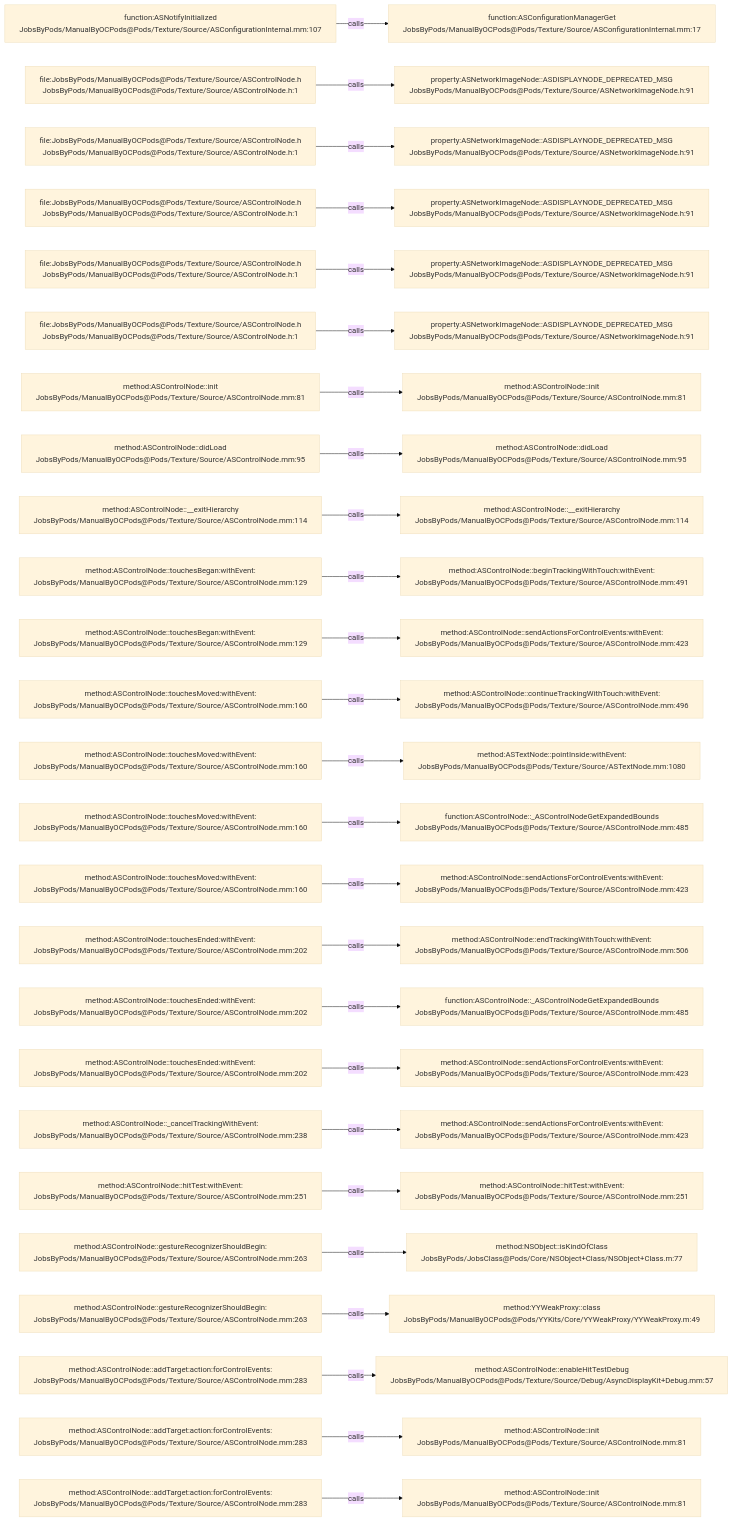
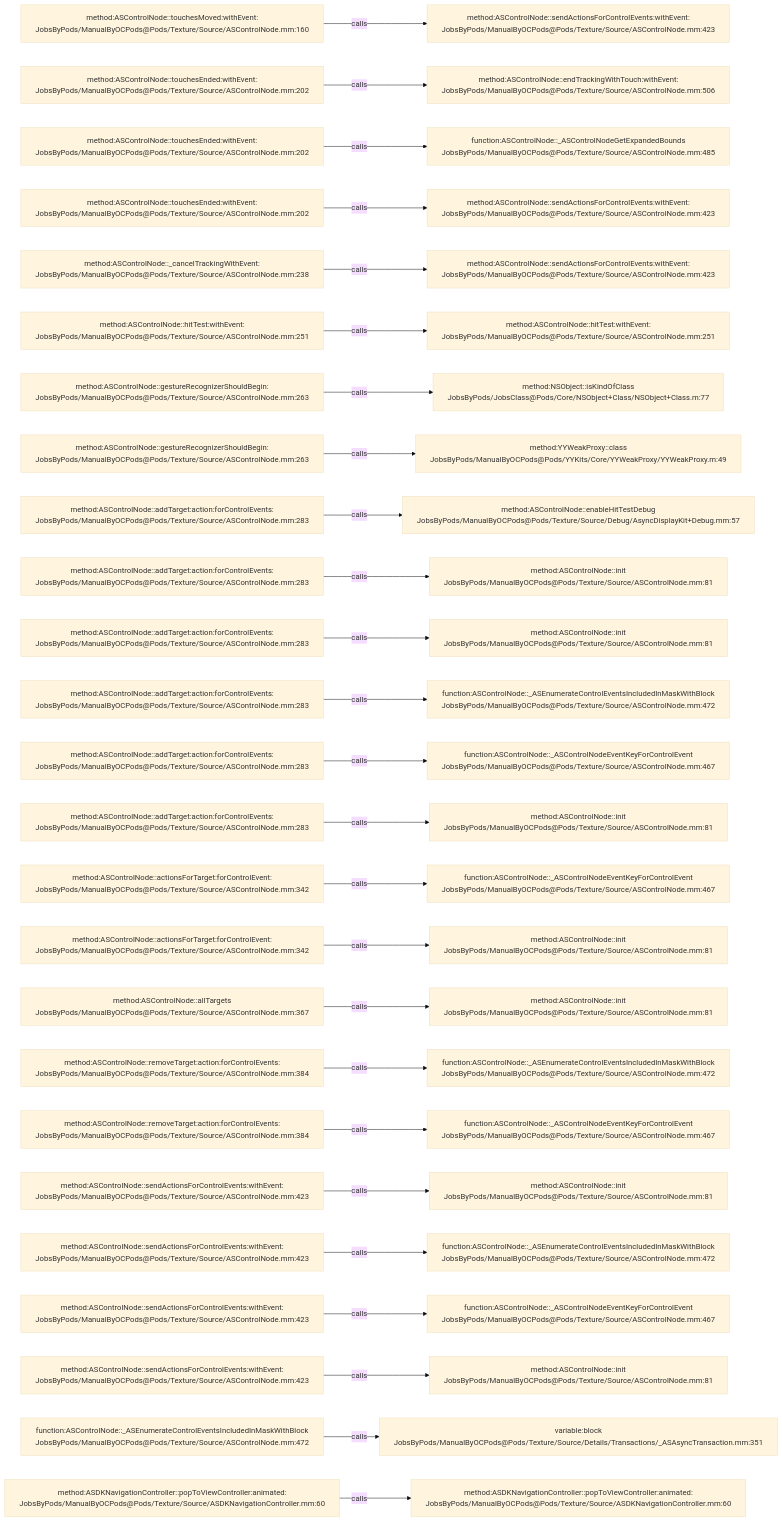
Before and after one commit to JobsKits/JobsOCBaseConfigDemo: the diagram in .codegraph/codegraph.md/graphs/calls-088.md, drawn with Mermaid (base theme). The commit also changed 296 other files, not shown here.

````diff
--- a/.codegraph/codegraph.md/graphs/calls-088.md
+++ b/.codegraph/codegraph.md/graphs/calls-088.md
@@ -13,78 +13,78 @@
 ```mermaid
 flowchart LR
-  S1["function:ASNotifyInitialized<br/>JobsByPods/ManualByOCPods@Pods/Texture/Source/ASConfigurationInternal.mm:107"]
-  T1["function:ASConfigurationManagerGet<br/>JobsByPods/ManualByOCPods@Pods/Texture/Source/ASConfigurationInternal.mm:17"]
+  S1["method:ASControlNode::touchesMoved:withEvent:<br/>JobsByPods/ManualByOCPods@Pods/Texture/Source/ASControlNode.mm:160"]
+  T1["method:ASControlNode::sendActionsForControlEvents:withEvent:<br/>JobsByPods/ManualByOCPods@Pods/Texture/Source/ASControlNode.mm:423"]
   S1 -->|calls| T1
-  S2["file:JobsByPods/ManualByOCPods@Pods/Texture/Source/ASControlNode.h<br/>JobsByPods/ManualByOCPods@Pods/Texture/Source/ASControlNode.h:1"]
-  T2["property:ASNetworkImageNode::ASDISPLAYNODE_DEPRECATED_MSG<br/>JobsByPods/ManualByOCPods@Pods/Texture/Source/ASNetworkImageNode.h:91"]
+  S2["method:ASControlNode::touchesEnded:withEvent:<br/>JobsByPods/ManualByOCPods@Pods/Texture/Source/ASControlNode.mm:202"]
+  T2["method:ASControlNode::endTrackingWithTouch:withEvent:<br/>JobsByPods/ManualByOCPods@Pods/Texture/Source/ASControlNode.mm:506"]
   S2 -->|calls| T2
-  S3["file:JobsByPods/ManualByOCPods@Pods/Texture/Source/ASControlNode.h<br/>JobsByPods/ManualByOCPods@Pods/Texture/Source/ASControlNode.h:1"]
-  T3["property:ASNetworkImageNode::ASDISPLAYNODE_DEPRECATED_MSG<br/>JobsByPods/ManualByOCPods@Pods/Texture/Source/ASNetworkImageNode.h:91"]
+  S3["method:ASControlNode::touchesEnded:withEvent:<br/>JobsByPods/ManualByOCPods@Pods/Texture/Source/ASControlNode.mm:202"]
+  T3["function:ASControlNode::_ASControlNodeGetExpandedBounds<br/>JobsByPods/ManualByOCPods@Pods/Texture/Source/ASControlNode.mm:485"]
   S3 -->|calls| T3
-  S4["file:JobsByPods/ManualByOCPods@Pods/Texture/Source/ASControlNode.h<br/>JobsByPods/ManualByOCPods@Pods/Texture/Source/ASControlNode.h:1"]
-  T4["property:ASNetworkImageNode::ASDISPLAYNODE_DEPRECATED_MSG<br/>JobsByPods/ManualByOCPods@Pods/Texture/Source/ASNetworkImageNode.h:91"]
+  S4["method:ASControlNode::touchesEnded:withEvent:<br/>JobsByPods/ManualByOCPods@Pods/Texture/Source/ASControlNode.mm:202"]
+  T4["method:ASControlNode::sendActionsForControlEvents:withEvent:<br/>JobsByPods/ManualByOCPods@Pods/Texture/Source/ASControlNode.mm:423"]
   S4 -->|calls| T4
-  S5["file:JobsByPods/ManualByOCPods@Pods/Texture/Source/ASControlNode.h<br/>JobsByPods/ManualByOCPods@Pods/Texture/Source/ASControlNode.h:1"]
-  T5["property:ASNetworkImageNode::ASDISPLAYNODE_DEPRECATED_MSG<br/>JobsByPods/ManualByOCPods@Pods/Texture/Source/ASNetworkImageNode.h:91"]
+  S5["method:ASControlNode::_cancelTrackingWithEvent:<br/>JobsByPods/ManualByOCPods@Pods/Texture/Source/ASControlNode.mm:238"]
+  T5["method:ASControlNode::sendActionsForControlEvents:withEvent:<br/>JobsByPods/ManualByOCPods@Pods/Texture/Source/ASControlNode.mm:423"]
   S5 -->|calls| T5
-  S6["file:JobsByPods/ManualByOCPods@Pods/Texture/Source/ASControlNode.h<br/>JobsByPods/ManualByOCPods@Pods/Texture/Source/ASControlNode.h:1"]
-  T6["property:ASNetworkImageNode::ASDISPLAYNODE_DEPRECATED_MSG<br/>JobsByPods/ManualByOCPods@Pods/Texture/Source/ASNetworkImageNode.h:91"]
+  S6["method:ASControlNode::hitTest:withEvent:<br/>JobsByPods/ManualByOCPods@Pods/Texture/Source/ASControlNode.mm:251"]
+  T6["method:ASControlNode::hitTest:withEvent:<br/>JobsByPods/ManualByOCPods@Pods/Texture/Source/ASControlNode.mm:251"]
   S6 -->|calls| T6
-  S7["method:ASControlNode::init<br/>JobsByPods/ManualByOCPods@Pods/Texture/Source/ASControlNode.mm:81"]
-  T7["method:ASControlNode::init<br/>JobsByPods/ManualByOCPods@Pods/Texture/Source/ASControlNode.mm:81"]
+  S7["method:ASControlNode::gestureRecognizerShouldBegin:<br/>JobsByPods/ManualByOCPods@Pods/Texture/Source/ASControlNode.mm:263"]
+  T7["method:NSObject::isKindOfClass<br/>JobsByPods/JobsClass@Pods/Core/NSObject+Class/NSObject+Class.m:77"]
   S7 -->|calls| T7
-  S8["method:ASControlNode::didLoad<br/>JobsByPods/ManualByOCPods@Pods/Texture/Source/ASControlNode.mm:95"]
-  T8["method:ASControlNode::didLoad<br/>JobsByPods/ManualByOCPods@Pods/Texture/Source/ASControlNode.mm:95"]
+  S8["method:ASControlNode::gestureRecognizerShouldBegin:<br/>JobsByPods/ManualByOCPods@Pods/Texture/Source/ASControlNode.mm:263"]
+  T8["method:YYWeakProxy::class<br/>JobsByPods/ManualByOCPods@Pods/YYKits/Core/YYWeakProxy/YYWeakProxy.m:49"]
   S8 -->|calls| T8
-  S9["method:ASControlNode::__exitHierarchy<br/>JobsByPods/ManualByOCPods@Pods/Texture/Source/ASControlNode.mm:114"]
-  T9["method:ASControlNode::__exitHierarchy<br/>JobsByPods/ManualByOCPods@Pods/Texture/Source/ASControlNode.mm:114"]
+  S9["method:ASControlNode::addTarget:action:forControlEvents:<br/>JobsByPods/ManualByOCPods@Pods/Texture/Source/ASControlNode.mm:283"]
+  T9["method:ASControlNode::enableHitTestDebug<br/>JobsByPods/ManualByOCPods@Pods/Texture/Source/Debug/AsyncDisplayKit+Debug.mm:57"]
   S9 -->|calls| T9
-  S10["method:ASControlNode::touchesBegan:withEvent:<br/>JobsByPods/ManualByOCPods@Pods/Texture/Source/ASControlNode.mm:129"]
-  T10["method:ASControlNode::beginTrackingWithTouch:withEvent:<br/>JobsByPods/ManualByOCPods@Pods/Texture/Source/ASControlNode.mm:491"]
+  S10["method:ASControlNode::addTarget:action:forControlEvents:<br/>JobsByPods/ManualByOCPods@Pods/Texture/Source/ASControlNode.mm:283"]
+  T10["method:ASControlNode::init<br/>JobsByPods/ManualByOCPods@Pods/Texture/Source/ASControlNode.mm:81"]
   S10 -->|calls| T10
-  S11["method:ASControlNode::touchesBegan:withEvent:<br/>JobsByPods/ManualByOCPods@Pods/Texture/Source/ASControlNode.mm:129"]
-  T11["method:ASControlNode::sendActionsForControlEvents:withEvent:<br/>JobsByPods/ManualByOCPods@Pods/Texture/Source/ASControlNode.mm:423"]
+  S11["method:ASControlNode::addTarget:action:forControlEvents:<br/>JobsByPods/ManualByOCPods@Pods/Texture/Source/ASControlNode.mm:283"]
+  T11["method:ASControlNode::init<br/>JobsByPods/ManualByOCPods@Pods/Texture/Source/ASControlNode.mm:81"]
   S11 -->|calls| T11
-  S12["method:ASControlNode::touchesMoved:withEvent:<br/>JobsByPods/ManualByOCPods@Pods/Texture/Source/ASControlNode.mm:160"]
-  T12["method:ASControlNode::continueTrackingWithTouch:withEvent:<br/>JobsByPods/ManualByOCPods@Pods/Texture/Source/ASControlNode.mm:496"]
+  S12["method:ASControlNode::addTarget:action:forControlEvents:<br/>JobsByPods/ManualByOCPods@Pods/Texture/Source/ASControlNode.mm:283"]
+  T12["function:ASControlNode::_ASEnumerateControlEventsIncludedInMaskWithBlock<br/>JobsByPods/ManualByOCPods@Pods/Texture/Source/ASControlNode.mm:472"]
   S12 -->|calls| T12
-  S13["method:ASControlNode::touchesMoved:withEvent:<br/>JobsByPods/ManualByOCPods@Pods/Texture/Source/ASControlNode.mm:160"]
-  T13["method:ASTextNode::pointInside:withEvent:<br/>JobsByPods/ManualByOCPods@Pods/Texture/Source/ASTextNode.mm:1080"]
+  S13["method:ASControlNode::addTarget:action:forControlEvents:<br/>JobsByPods/ManualByOCPods@Pods/Texture/Source/ASControlNode.mm:283"]
+  T13["function:ASControlNode::_ASControlNodeEventKeyForControlEvent<br/>JobsByPods/ManualByOCPods@Pods/Texture/Source/ASControlNode.mm:467"]
   S13 -->|calls| T13
-  S14["method:ASControlNode::touchesMoved:withEvent:<br/>JobsByPods/ManualByOCPods@Pods/Texture/Source/ASControlNode.mm:160"]
-  T14["function:ASControlNode::_ASControlNodeGetExpandedBounds<br/>JobsByPods/ManualByOCPods@Pods/Texture/Source/ASControlNode.mm:485"]
+  S14["method:ASControlNode::addTarget:action:forControlEvents:<br/>JobsByPods/ManualByOCPods@Pods/Texture/Source/ASControlNode.mm:283"]
+  T14["method:ASControlNode::init<br/>JobsByPods/ManualByOCPods@Pods/Texture/Source/ASControlNode.mm:81"]
   S14 -->|calls| T14
-  S15["method:ASControlNode::touchesMoved:withEvent:<br/>JobsByPods/ManualByOCPods@Pods/Texture/Source/ASControlNode.mm:160"]
-  T15["method:ASControlNode::sendActionsForControlEvents:withEvent:<br/>JobsByPods/ManualByOCPods@Pods/Texture/Source/ASControlNode.mm:423"]
+  S15["method:ASControlNode::actionsForTarget:forControlEvent:<br/>JobsByPods/ManualByOCPods@Pods/Texture/Source/ASControlNode.mm:342"]
+  T15["function:ASControlNode::_ASControlNodeEventKeyForControlEvent<br/>JobsByPods/ManualByOCPods@Pods/Texture/Source/ASControlNode.mm:467"]
   S15 -->|calls| T15
-  S16["method:ASControlNode::touchesEnded:withEvent:<br/>JobsByPods/ManualByOCPods@Pods/Texture/Source/ASControlNode.mm:202"]
-  T16["method:ASControlNode::endTrackingWithTouch:withEvent:<br/>JobsByPods/ManualByOCPods@Pods/Texture/Source/ASControlNode.mm:506"]
+  S16["method:ASControlNode::actionsForTarget:forControlEvent:<br/>JobsByPods/ManualByOCPods@Pods/Texture/Source/ASControlNode.mm:342"]
+  T16["method:ASControlNode::init<br/>JobsByPods/ManualByOCPods@Pods/Texture/Source/ASControlNode.mm:81"]
   S16 -->|calls| T16
-  S17["method:ASControlNode::touchesEnded:withEvent:<br/>JobsByPods/ManualByOCPods@Pods/Texture/Source/ASControlNode.mm:202"]
-  T17["function:ASControlNode::_ASControlNodeGetExpandedBounds<br/>JobsByPods/ManualByOCPods@Pods/Texture/Source/ASControlNode.mm:485"]
+  S17["method:ASControlNode::allTargets<br/>JobsByPods/ManualByOCPods@Pods/Texture/Source/ASControlNode.mm:367"]
+  T17["method:ASControlNode::init<br/>JobsByPods/ManualByOCPods@Pods/Texture/Source/ASControlNode.mm:81"]
   S17 -->|calls| T17
-  S18["method:ASControlNode::touchesEnded:withEvent:<br/>JobsByPods/ManualByOCPods@Pods/Texture/Source/ASControlNode.mm:202"]
-  T18["method:ASControlNode::sendActionsForControlEvents:withEvent:<br/>JobsByPods/ManualByOCPods@Pods/Texture/Source/ASControlNode.mm:423"]
+  S18["method:ASControlNode::removeTarget:action:forControlEvents:<br/>JobsByPods/ManualByOCPods@Pods/Texture/Source/ASControlNode.mm:384"]
+  T18["function:ASControlNode::_ASEnumerateControlEventsIncludedInMaskWithBlock<br/>JobsByPods/ManualByOCPods@Pods/Texture/Source/ASControlNode.mm:472"]
   S18 -->|calls| T18
-  S19["method:ASControlNode::_cancelTrackingWithEvent:<br/>JobsByPods/ManualByOCPods@Pods/Texture/Source/ASControlNode.mm:238"]
-  T19["method:ASControlNode::sendActionsForControlEvents:withEvent:<br/>JobsByPods/ManualByOCPods@Pods/Texture/Source/ASControlNode.mm:423"]
+  S19["method:ASControlNode::removeTarget:action:forControlEvents:<br/>JobsByPods/ManualByOCPods@Pods/Texture/Source/ASControlNode.mm:384"]
+  T19["function:ASControlNode::_ASControlNodeEventKeyForControlEvent<br/>JobsByPods/ManualByOCPods@Pods/Texture/Source/ASControlNode.mm:467"]
   S19 -->|calls| T19
-  S20["method:ASControlNode::hitTest:withEvent:<br/>JobsByPods/ManualByOCPods@Pods/Texture/Source/ASControlNode.mm:251"]
-  T20["method:ASControlNode::hitTest:withEvent:<br/>JobsByPods/ManualByOCPods@Pods/Texture/Source/ASControlNode.mm:251"]
+  S20["method:ASControlNode::sendActionsForControlEvents:withEvent:<br/>JobsByPods/ManualByOCPods@Pods/Texture/Source/ASControlNode.mm:423"]
+  T20["method:ASControlNode::init<br/>JobsByPods/ManualByOCPods@Pods/Texture/Source/ASControlNode.mm:81"]
   S20 -->|calls| T20
-  S21["method:ASControlNode::gestureRecognizerShouldBegin:<br/>JobsByPods/ManualByOCPods@Pods/Texture/Source/ASControlNode.mm:263"]
-  T21["method:NSObject::isKindOfClass<br/>JobsByPods/JobsClass@Pods/Core/NSObject+Class/NSObject+Class.m:77"]
+  S21["method:ASControlNode::sendActionsForControlEvents:withEvent:<br/>JobsByPods/ManualByOCPods@Pods/Texture/Source/ASControlNode.mm:423"]
+  T21["function:ASControlNode::_ASEnumerateControlEventsIncludedInMaskWithBlock<br/>JobsByPods/ManualByOCPods@Pods/Texture/Source/ASControlNode.mm:472"]
   S21 -->|calls| T21
-  S22["method:ASControlNode::gestureRecognizerShouldBegin:<br/>JobsByPods/ManualByOCPods@Pods/Texture/Source/ASControlNode.mm:263"]
-  T22["method:YYWeakProxy::class<br/>JobsByPods/ManualByOCPods@Pods/YYKits/Core/YYWeakProxy/YYWeakProxy.m:49"]
+  S22["method:ASControlNode::sendActionsForControlEvents:withEvent:<br/>JobsByPods/ManualByOCPods@Pods/Texture/Source/ASControlNode.mm:423"]
+  T22["function:ASControlNode::_ASControlNodeEventKeyForControlEvent<br/>JobsByPods/ManualByOCPods@Pods/Texture/Source/ASControlNode.mm:467"]
   S22 -->|calls| T22
-  S23["method:ASControlNode::addTarget:action:forControlEvents:<br/>JobsByPods/ManualByOCPods@Pods/Texture/Source/ASControlNode.mm:283"]
-  T23["method:ASControlNode::enableHitTestDebug<br/>JobsByPods/ManualByOCPods@Pods/Texture/Source/Debug/AsyncDisplayKit+Debug.mm:57"]
+  S23["method:ASControlNode::sendActionsForControlEvents:withEvent:<br/>JobsByPods/ManualByOCPods@Pods/Texture/Source/ASControlNode.mm:423"]
+  T23["method:ASControlNode::init<br/>JobsByPods/ManualByOCPods@Pods/Texture/Source/ASControlNode.mm:81"]
   S23 -->|calls| T23
-  S24["method:ASControlNode::addTarget:action:forControlEvents:<br/>JobsByPods/ManualByOCPods@Pods/Texture/Source/ASControlNode.mm:283"]
-  T24["method:ASControlNode::init<br/>JobsByPods/ManualByOCPods@Pods/Texture/Source/ASControlNode.mm:81"]
+  S24["function:ASControlNode::_ASEnumerateControlEventsIncludedInMaskWithBlock<br/>JobsByPods/ManualByOCPods@Pods/Texture/Source/ASControlNode.mm:472"]
+  T24["variable:block<br/>JobsByPods/ManualByOCPods@Pods/Texture/Source/Details/Transactions/_ASAsyncTransaction.mm:351"]
   S24 -->|calls| T24
-  S25["method:ASControlNode::addTarget:action:forControlEvents:<br/>JobsByPods/ManualByOCPods@Pods/Texture/Source/ASControlNode.mm:283"]
-  T25["method:ASControlNode::init<br/>JobsByPods/ManualByOCPods@Pods/Texture/Source/ASControlNode.mm:81"]
+  S25["method:ASDKNavigationController::popToViewController:animated:<br/>JobsByPods/ManualByOCPods@Pods/Texture/Source/ASDKNavigationController.mm:60"]
+  T25["method:ASDKNavigationController::popToViewController:animated:<br/>JobsByPods/ManualByOCPods@Pods/Texture/Source/ASDKNavigationController.mm:60"]
   S25 -->|calls| T25
 ```
````
